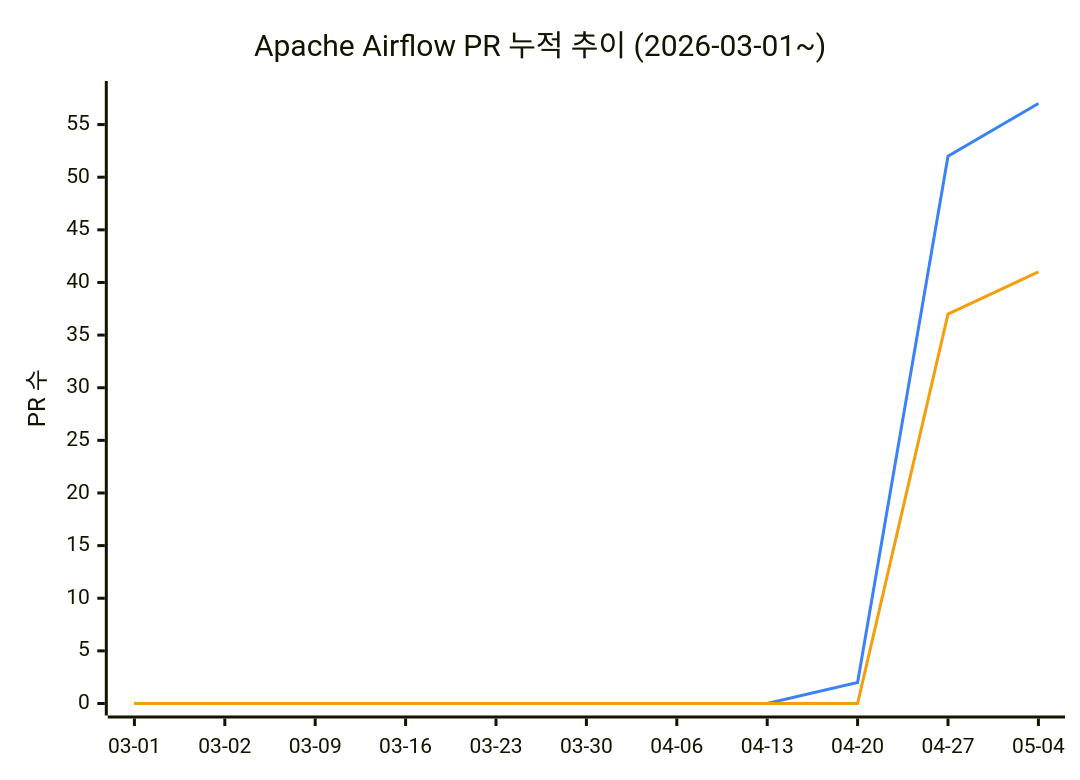
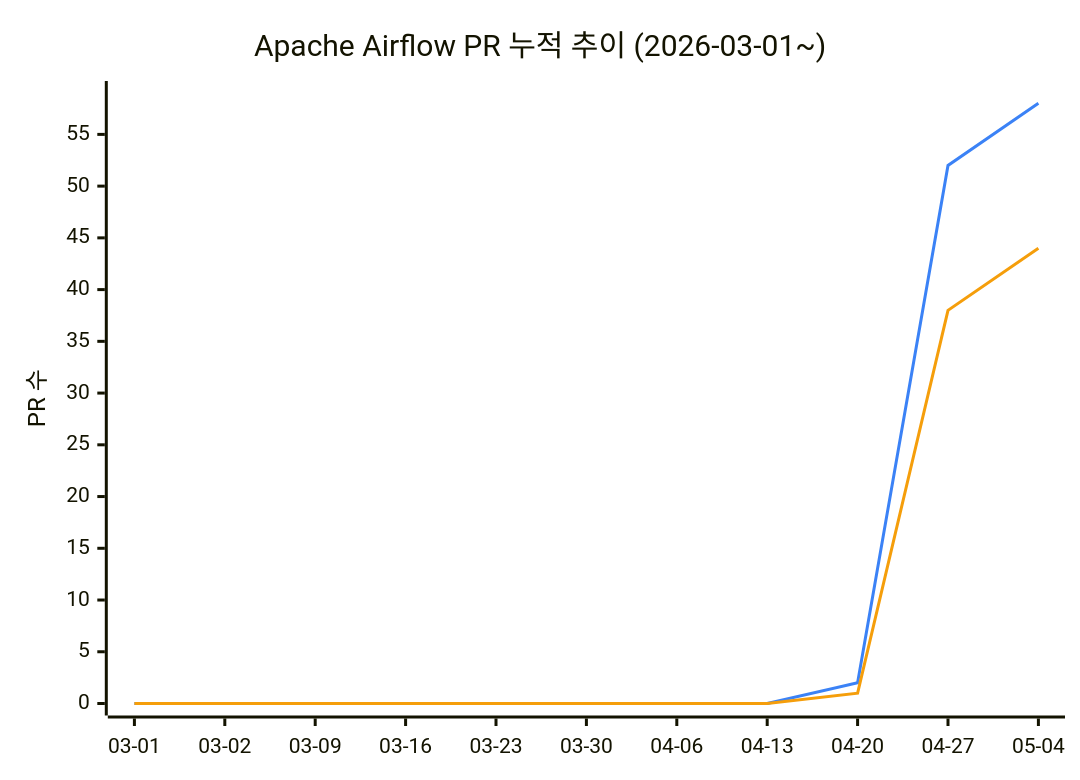
Before and after one commit to AirflowKorea/ossca: the diagram in README.md, drawn with Mermaid. The commit also changed other lines of this file, not shown here.

````diff
--- a/README.md
+++ b/README.md
@@ -11,9 +11,9 @@
 ```mermaid
 %%{init: {"themeVariables": {"xyChart": {"plotColorPalette": "#3b82f6, #f59e0b"}}}}%%
 xychart-beta
     title "Apache Airflow PR 누적 추이 (2026-03-01~)"
     x-axis ["03-01", "03-02", "03-09", "03-16", "03-23", "03-30", "04-06", "04-13", "04-20", "04-27", "05-04"]
-    y-axis "PR 수" 0 --> 58
-    line [0, 0, 0, 0, 0, 0, 0, 0, 2, 52, 57]
-    line [0, 0, 0, 0, 0, 0, 0, 0, 0, 37, 41]
+    y-axis "PR 수" 0 --> 59
+    line [0, 0, 0, 0, 0, 0, 0, 0, 2, 52, 58]
+    line [0, 0, 0, 0, 0, 0, 0, 0, 1, 38, 44]
 ```
````
